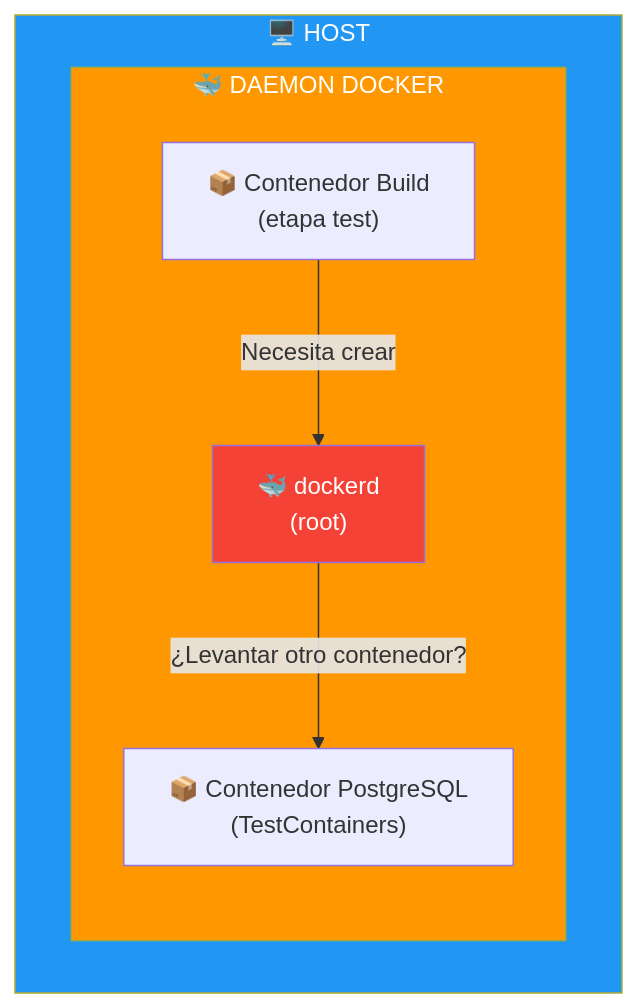
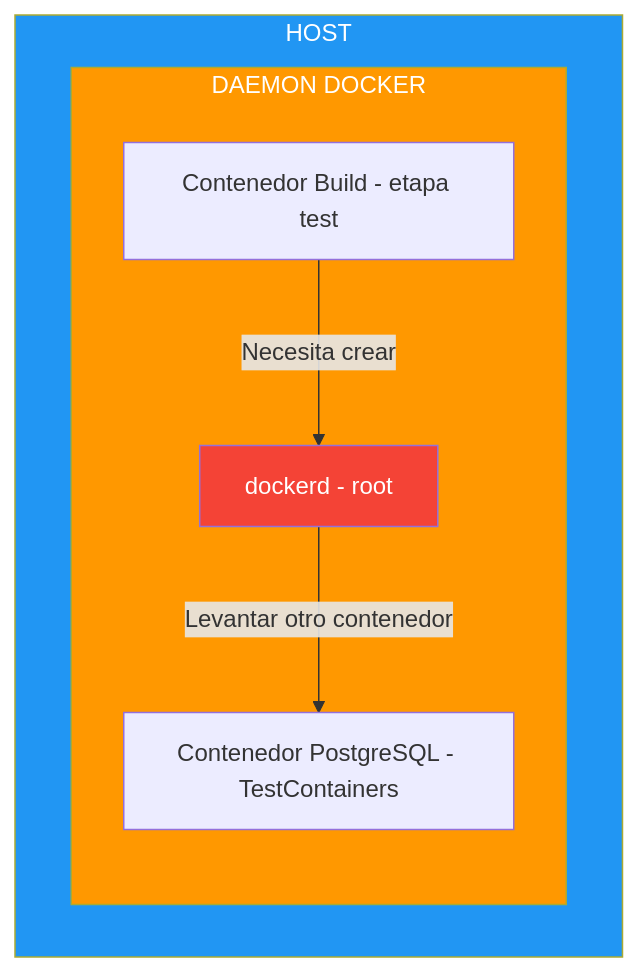
The third of 4 diagrams in 23-docker.md (joseluisgs/DesarrolloWebEntornosServidor-01-2026-2027), drawn with Mermaid before and after one commit. The commit also changed other lines of this file and 1 other file, not shown here.

Commit message:
[fix] Corregir sintaxis Mermaid en diagramas Docker-in-Docker
Eliminar emojis, comillas y tags br/ de los nodos Mermaid que causaban errores de parsing

````diff
--- a/23-docker.md
+++ b/23-docker.md
@@ -514,13 +514,13 @@
 ```mermaid
 graph TD
-    subgraph HOST["🖥️ HOST"]
-        subgraph DAEMON["🐳 DAEMON DOCKER"]
-            A["📦 Contenedor Build<br/>(etapa test)"] -->|"Necesita crear"| B["🐳 dockerd<br/>(root)"]
-            B -->|"¿Levantar otro contenedor?"| C["📦 Contenedor PostgreSQL<br/>(TestContainers)"]
+    subgraph HOST["HOST"]
+        subgraph DAEMON["DAEMON DOCKER"]
+            A["Contenedor Build - etapa test"] -->|"Necesita crear"| B["dockerd - root"]
+            B -->|"Levantar otro contenedor"| C["Contenedor PostgreSQL - TestContainers"]
         end
     end
 
     style HOST fill:#2196F3,color:#fff
     style DAEMON fill:#FF9800,color:#fff
     style B fill:#f44336,color:#fff
 ```
````
